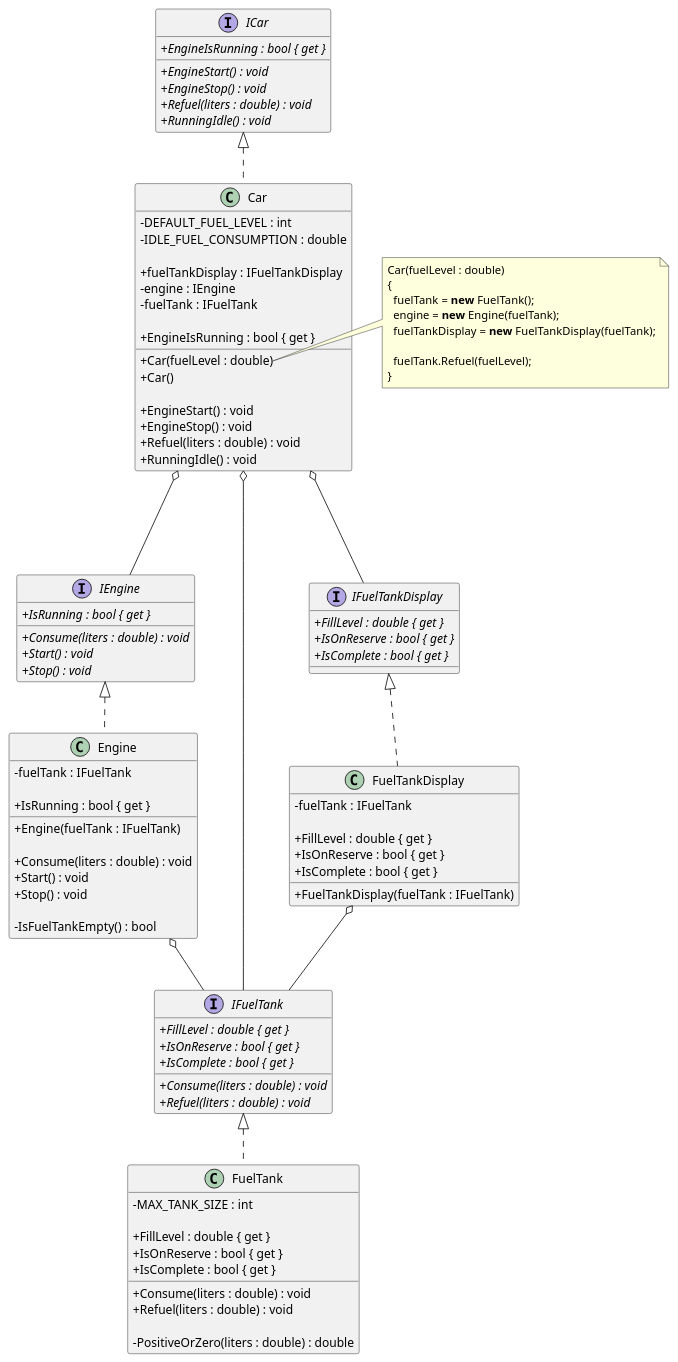
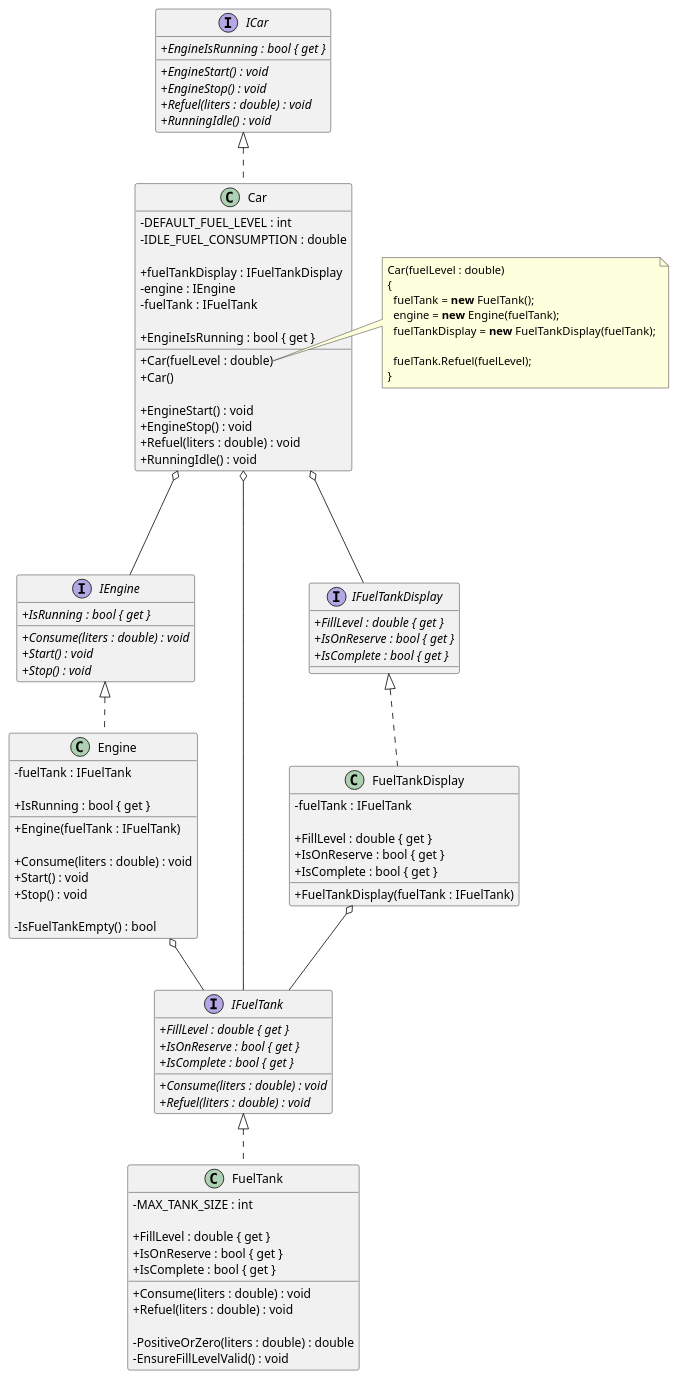
One commit to iamfranco/EngineAndFuelTankKata changed the diagram in puml/EngineAndFuelTank.puml. Above: the diagram before and after it, drawn with PlantUML. The commit also changed 1 other file, not shown here.

Commit message:
add EnsureFillLevelValid() method to UML diagram

```diff
--- a/puml/EngineAndFuelTank.puml
+++ b/puml/EngineAndFuelTank.puml
@@ -1,122 +1,123 @@
 @startuml "Engine And Fuel Tank"
 skinparam classAttributeIconSize 0
 
 interface ICar
 {
   + //EngineIsRunning : bool { get }//
   + //EngineStart() : void//
   + //EngineStop() : void//
   + //Refuel(liters : double) : void//
   + //RunningIdle() : void//
 }
 
 interface IEngine
 {
   + //IsRunning : bool { get }//
   + //Consume(liters : double) : void//
   + //Start() : void//
   + //Stop() : void//
 }
 
 interface IFuelTank
 {
   + //FillLevel : double { get }//
   + //IsOnReserve : bool { get }//
   + //IsComplete : bool { get }//
   + //Consume(liters : double) : void//
   + //Refuel(liters : double) : void//
 }
 
 interface IFuelTankDisplay
 {
   + //FillLevel : double { get }//
   + //IsOnReserve : bool { get }//
   + //IsComplete : bool { get }//
 }
 
 class Car
 {
   - DEFAULT_FUEL_LEVEL : int
   - IDLE_FUEL_CONSUMPTION : double
 
   + fuelTankDisplay : IFuelTankDisplay
   - engine : IEngine
   - fuelTank : IFuelTank
 
   + EngineIsRunning : bool { get }
 
   + Car(fuelLevel : double)
   + Car()
 
   + EngineStart() : void
   + EngineStop() : void
   + Refuel(liters : double) : void
   + RunningIdle() : void
 }
 
 class Engine
 {
   - fuelTank : IFuelTank
 
   + IsRunning : bool { get }
 
   + Engine(fuelTank : IFuelTank)
 
   + Consume(liters : double) : void
   + Start() : void
   + Stop() : void
 
   - IsFuelTankEmpty() : bool
 }
 
 class FuelTank
 {
   - MAX_TANK_SIZE : int
 
   + FillLevel : double { get }
   + IsOnReserve : bool { get }
   + IsComplete : bool { get }
 
   + Consume(liters : double) : void
   + Refuel(liters : double) : void
 
   - PositiveOrZero(liters : double) : double
+  - EnsureFillLevelValid() : void
 }
 
 class FuelTankDisplay
 {
   - fuelTank : IFuelTank
 
   + FillLevel : double { get }
   + IsOnReserve : bool { get }
   + IsComplete : bool { get }
 
   + FuelTankDisplay(fuelTank : IFuelTank)
 } 
 
 ICar <|.. Car
 Car o--- IFuelTankDisplay
 Car o--- IEngine
 Car o--- IFuelTank
 
 IEngine <|.. Engine
 Engine o-- IFuelTank
 
 IFuelTank <|.. FuelTank
 
 IFuelTankDisplay <|.. FuelTankDisplay
 FuelTankDisplay o-- IFuelTank
 
 note right of Car::Car
 Car(fuelLevel : double)
 {
   fuelTank = **new** FuelTank();
   engine = **new** Engine(fuelTank);
   fuelTankDisplay = **new** FuelTankDisplay(fuelTank);
 
   fuelTank.Refuel(fuelLevel);
 }
 end note
 
 
 @enduml
```
